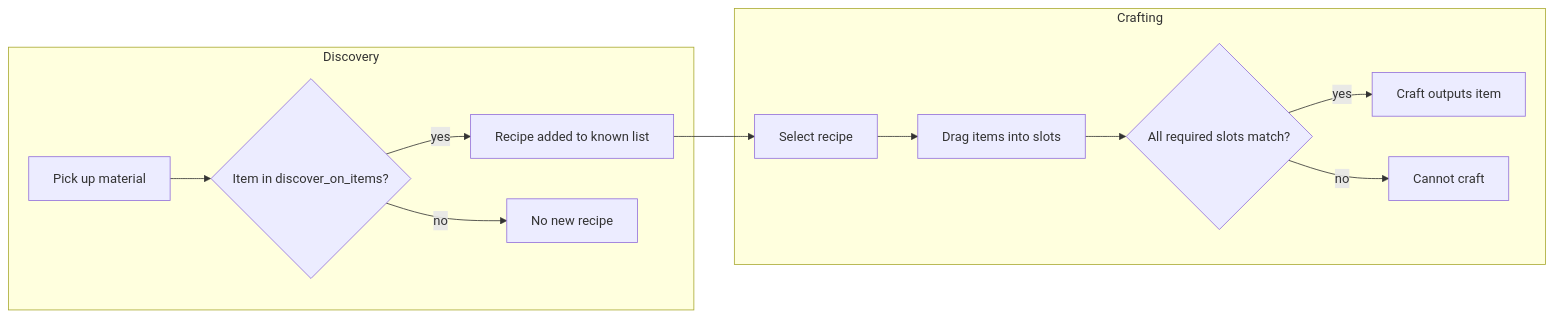
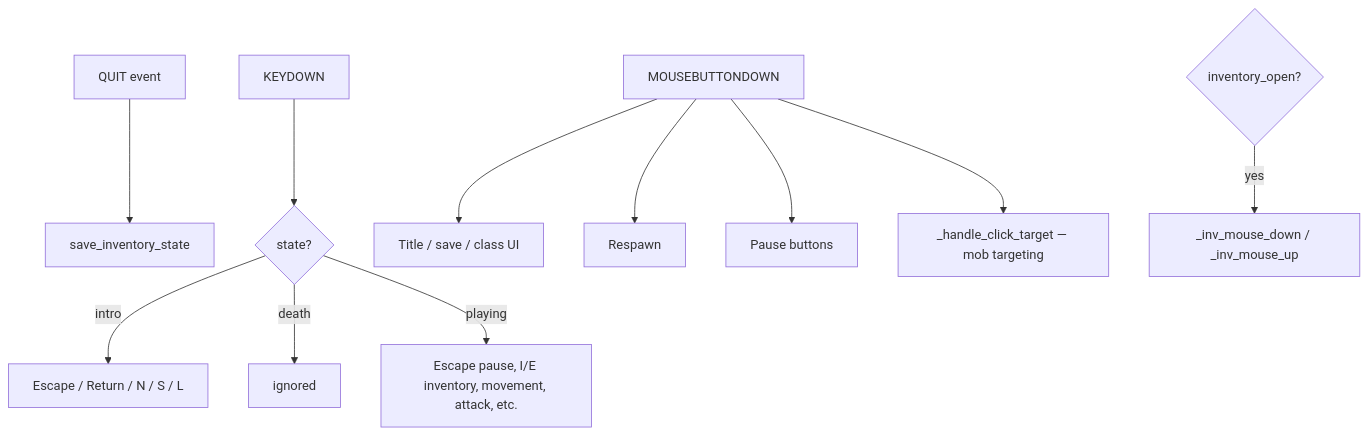
One commit to paarth-r/rajpal_paarth_my_game_spr2026 changed the third of 6 diagrams in README.md. Above: the diagram before and after it, drawn with Mermaid. The commit also changed other lines of this file and 6 other files, not shown here.

````diff
--- a/README.md
+++ b/README.md
@@ -241,15 +113,13 @@
 ```mermaid
-flowchart LR
-  subgraph discovery["Discovery"]
-    A[Pick up material] --> B{Item in discover_on_items?}
-    B -->|yes| C[Recipe added to known list]
-    B -->|no| D[No new recipe]
-  end
-  subgraph craft["Crafting"]
-    E[Select recipe] --> F[Drag items into slots]
-    F --> G{All required slots match?}
-    G -->|yes| H[Craft outputs item]
-    G -->|no| I[Cannot craft]
-  end
-  C --> E
+flowchart TD
+    QUIT[QUIT event] --> save_inv[save_inventory_state]
+    KEY[KEYDOWN] --> branch_state{state?}
+    branch_state -->|intro| intro_keys[Escape / Return / N / S / L]
+    branch_state -->|death| skip[ignored]
+    branch_state -->|playing| play_keys[Escape pause, I/E inventory, movement, attack, etc.]
+    MOUSE[MOUSEBUTTONDOWN] --> intro_click[Title / save / class UI]
+    MOUSE --> death_click[Respawn]
+    MOUSE --> pause_click[Pause buttons]
+    MOUSE --> world_click["_handle_click_target — mob targeting"]
+    INV_OPEN{inventory_open?} -->|yes| inv_mouse[_inv_mouse_down / _inv_mouse_up]
 ```
````
